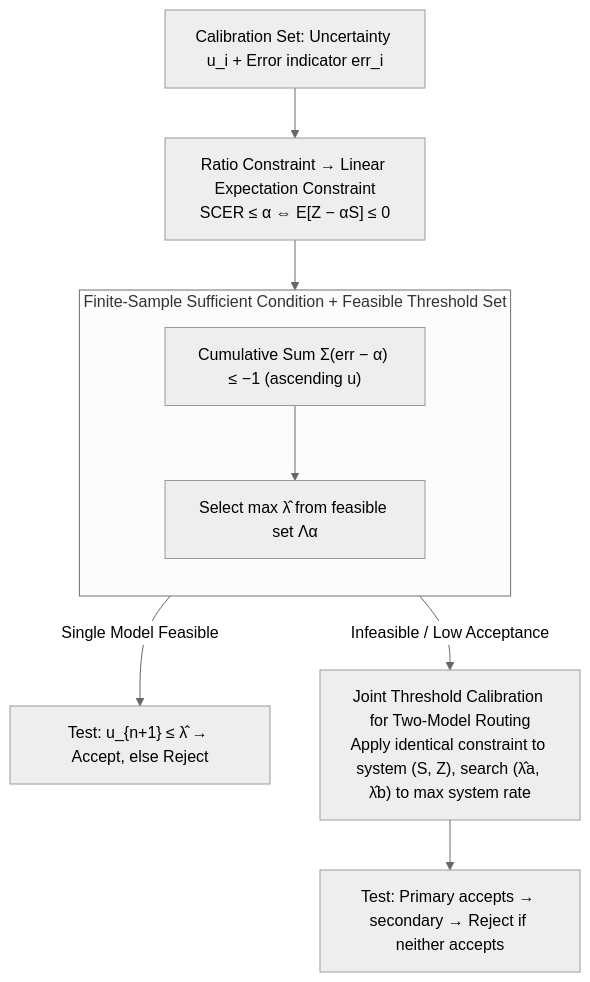
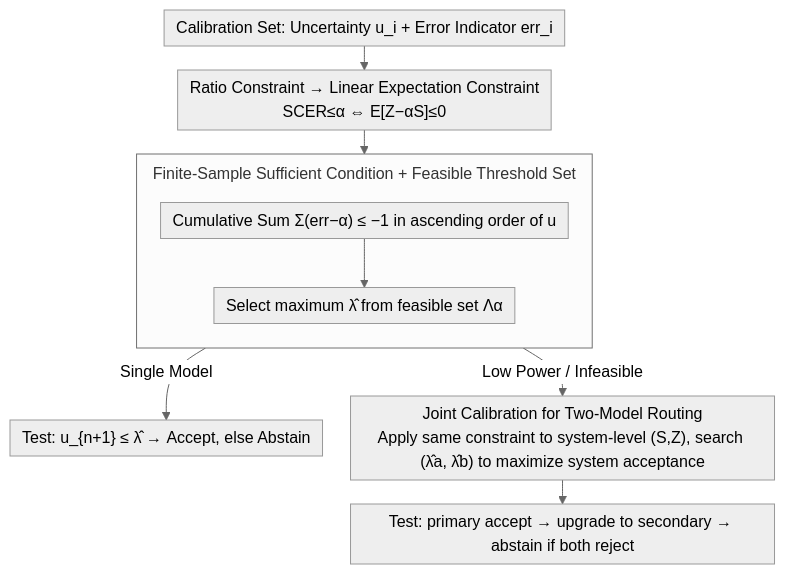
One commit to zhaoyang97/Paper-Notes-en changed the diagram in docs/ICML2026/self_supervised/lec_linear_expectation_constraints_for_selection-conditioned_risk_control_in_sel.md. Above: the diagram before and after it, drawn with Mermaid (neutral theme). The commit also changed other lines of this file and 5084 other files, not shown here.

````diff
--- a/docs/ICML2026/self_supervised/lec_linear_expectation_constraints_for_selection-conditioned_risk_control_in_sel.md
+++ b/docs/ICML2026/self_supervised/lec_linear_expectation_constraints_for_selection-conditioned_risk_control_in_sel.md
@@ -42,12 +42,13 @@
 ```mermaid
-graph TD
-    A["Calibration Set: Uncertainty u_i + Error indicator err_i"] --> B["Ratio Constraint → Linear Expectation Constraint<br/>SCER ≤ α ⇔ E[Z − αS] ≤ 0"]
+%%{init: {'flowchart': {'rankSpacing': 24, 'nodeSpacing': 28, 'padding': 6, 'wrappingWidth': 400, 'subGraphTitleMargin': {'top': 8, 'bottom': 16}}}}%%
+flowchart TD
+    A["Calibration Set: Uncertainty u_i + Error Indicator err_i"] --> B["Ratio Constraint → Linear Expectation Constraint<br/>SCER≤α ⇔ E[Z−αS]≤0"]
     B --> C
     subgraph S2["Finite-Sample Sufficient Condition + Feasible Threshold Set"]
         direction TB
-        C["Cumulative Sum Σ(err − α) ≤ −1 (ascending u)"] --> D["Select max λ̂ from feasible set Λα"]
+        C["Cumulative Sum Σ(err−α) ≤ −1 in ascending order of u"] --> D["Select maximum λ̂ from feasible set Λα"]
     end
-    D -->|Single Model Feasible| E["Test: u_{n+1} ≤ λ̂ → Accept, else Reject"]
-    D -->|Infeasible / Low Acceptance| F["Joint Threshold Calibration for Two-Model Routing<br/>Apply identical constraint to system (S, Z), search (λ̂a, λ̂b) to max system rate"]
-    F --> G["Test: Primary accepts → secondary → Reject if neither accepts"]
+    D -->|Single Model| E["Test: u_{n+1} ≤ λ̂ → Accept, else Abstain"]
+    D -->|Low Power / Infeasible| F["Joint Calibration for Two-Model Routing<br/>Apply same constraint to system-level (S,Z), search (λ̂a, λ̂b) to maximize system acceptance"]
+    F --> G["Test: primary accept → upgrade to secondary → abstain if both reject"]
 ```
````
